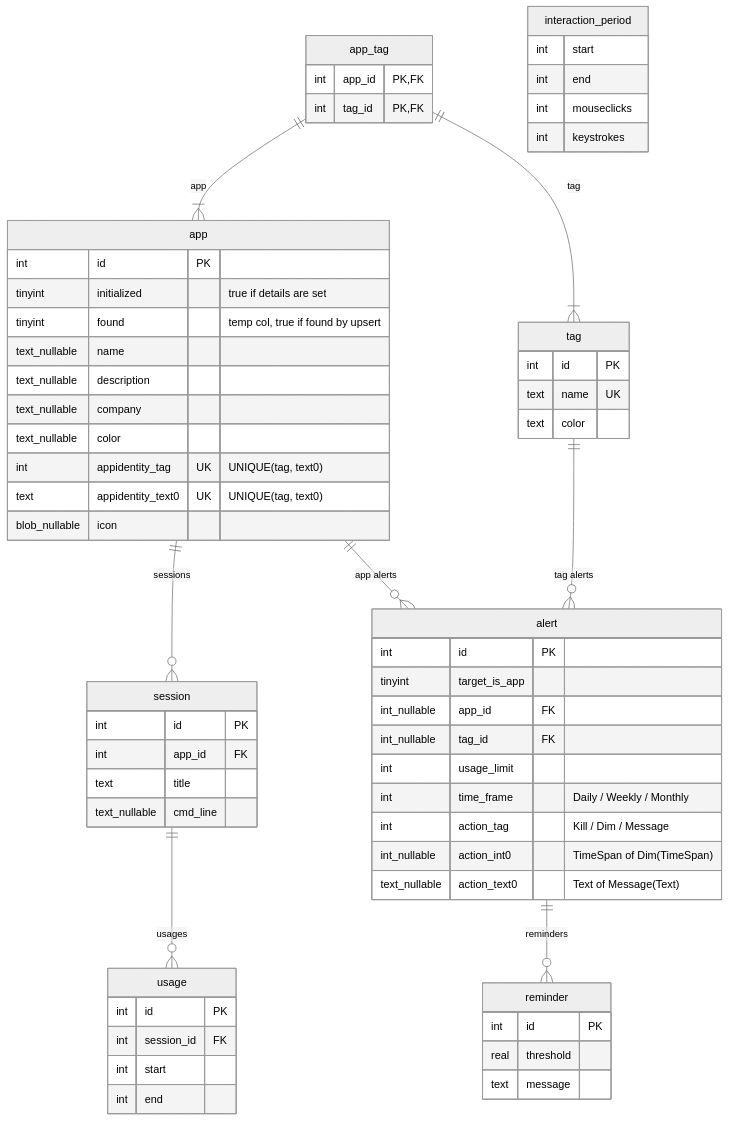
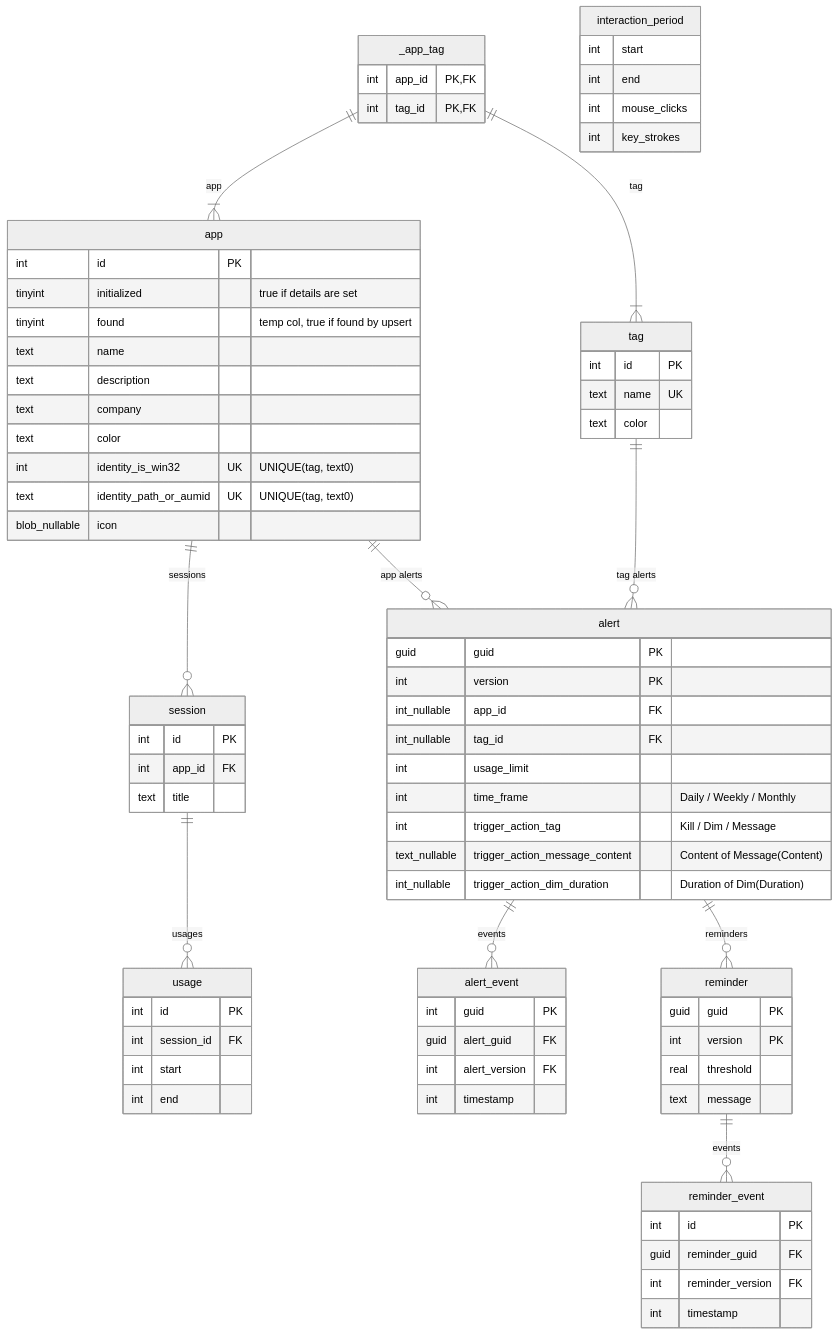
One commit to Enigmatrix/Cobalt changed the diagram in ARCHITECTURE.md. Above: the diagram before and after it, drawn with Mermaid (neutral theme). The commit also changed other lines of this file, not shown here.

Commit message:
feat(docs): add Data layer docs

````diff
--- a/ARCHITECTURE.md
+++ b/ARCHITECTURE.md
@@ -9,12 +9,12 @@
         int             id PK
         tinyint         initialized "true if details are set"
         tinyint         found   "temp col, true if found by upsert"
-        text_nullable   name
-        text_nullable   description
-        text_nullable   company
-        text_nullable   color
-        int             appidentity_tag     UK "UNIQUE(tag, text0)"
-        text            appidentity_text0   UK "UNIQUE(tag, text0)"
+        text            name
+        text            description
+        text            company
+        text            color
+        int             identity_is_win32     UK "UNIQUE(tag, text0)"
+        text            identity_path_or_aumid   UK "UNIQUE(tag, text0)"
         blob_nullable   icon
     }
 
@@ -24,7 +24,7 @@
         text            color
     }
 
-    app_tag {
+    _app_tag {
         int             app_id PK,FK
         int             tag_id PK,FK
     }
@@ -33,7 +33,6 @@
         int             id PK
         int             app_id FK
         text            title
-        text_nullable   cmd_line
     }
 
     usage {
@@ -46,33 +45,50 @@
     interaction_period {
         int             start
         int             end
-        int             mouseclicks
-        int             keystrokes
+        int             mouse_clicks
+        int             key_strokes
     }
 
     alert {
-        int             id PK
-        tinyint         target_is_app
+        guid            guid PK
+        int             version PK
         int_nullable    app_id FK
         int_nullable    tag_id FK
         int             usage_limit
         int             time_frame      "Daily / Weekly / Monthly"
-        int             action_tag      "Kill / Dim / Message"
-        int_nullable    action_int0     "TimeSpan of Dim(TimeSpan)"
-        text_nullable   action_text0    "Text of Message(Text)"
+        int             trigger_action_tag      "Kill / Dim / Message"
+        text_nullable   trigger_action_message_content     "Content of Message(Content)"
+        int_nullable    trigger_action_dim_duration     "Duration of Dim(Duration)"
+    }
+
+    alert_event {
+        int             guid PK
+        guid            alert_guid FK
+        int             alert_version FK
+        int             timestamp
     }
 
     reminder {
-        int             id PK
+        guid            guid PK
+        int             version PK
         real            threshold
         text            message
     }
 
+    reminder_event {
+        int             id PK
+        guid            reminder_guid FK
+        int             reminder_version FK
+        int             timestamp
+    }
+
     app ||--o{ session : sessions
     session ||--o{ usage : usages
-    app_tag ||--|{ app : app
-    app_tag ||--|{ tag : tag
+    _app_tag ||--|{ app : app
+    _app_tag ||--|{ tag : tag
     app ||--o{ alert : "app alerts"
     tag ||--o{ alert : "tag alerts"
     alert ||--o{ reminder : reminders
+    alert ||--o{ alert_event : events
+    reminder ||--o{ reminder_event : events
 ```
````
